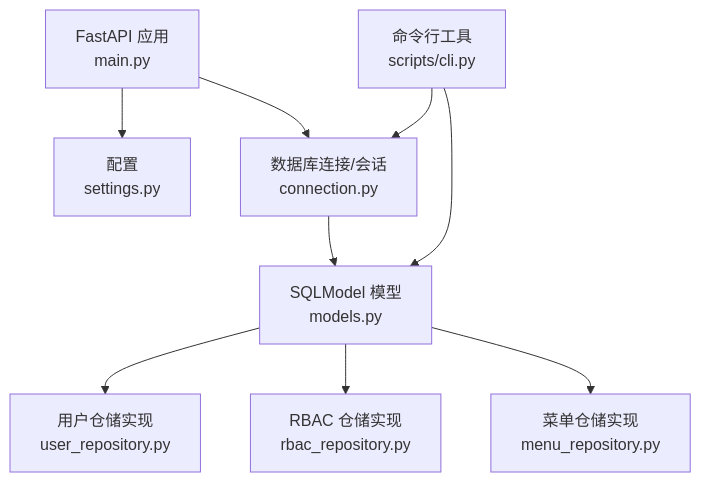
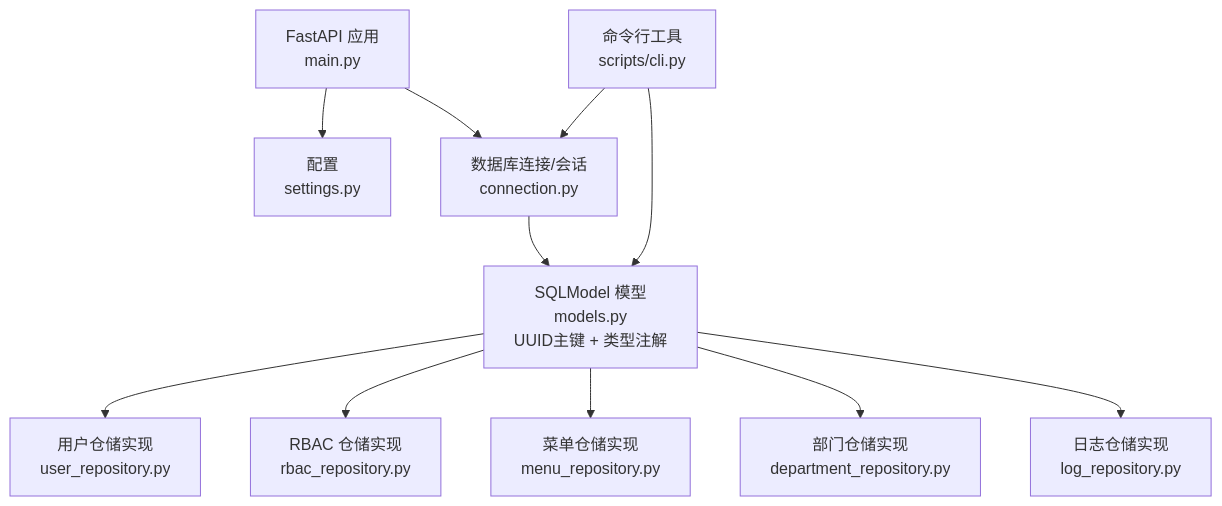
One commit to taoweidong/Hello-FastApi changed the second of 7 diagrams in .qoder/repowiki/zh/content/数据库设计/数据库设计.md. Above: the diagram before and after it, drawn with Mermaid. The commit also changed other lines of this file and 71 other files, not shown here.

````diff
--- a/.qoder/repowiki/zh/content/数据库设计/数据库设计.md
+++ b/.qoder/repowiki/zh/content/数据库设计/数据库设计.md
@@ -116,11 +137,13 @@
 ```mermaid
 graph TB
 A["FastAPI 应用<br/>main.py"] --> B["配置<br/>settings.py"]
 A --> C["数据库连接/会话<br/>connection.py"]
-C --> D["SQLModel 模型<br/>models.py"]
+C --> D["SQLModel 模型<br/>models.py<br/>UUID主键 + 类型注解"]
 D --> E["用户仓储实现<br/>user_repository.py"]
 D --> F["RBAC 仓储实现<br/>rbac_repository.py"]
 D --> G["菜单仓储实现<br/>menu_repository.py"]
-H["命令行工具<br/>scripts/cli.py"] --> C
-H --> D
+D --> H["部门仓储实现<br/>department_repository.py"]
+D --> I["日志仓储实现<br/>log_repository.py"]
+J["命令行工具<br/>scripts/cli.py"] --> C
+J --> D
 ```
````
